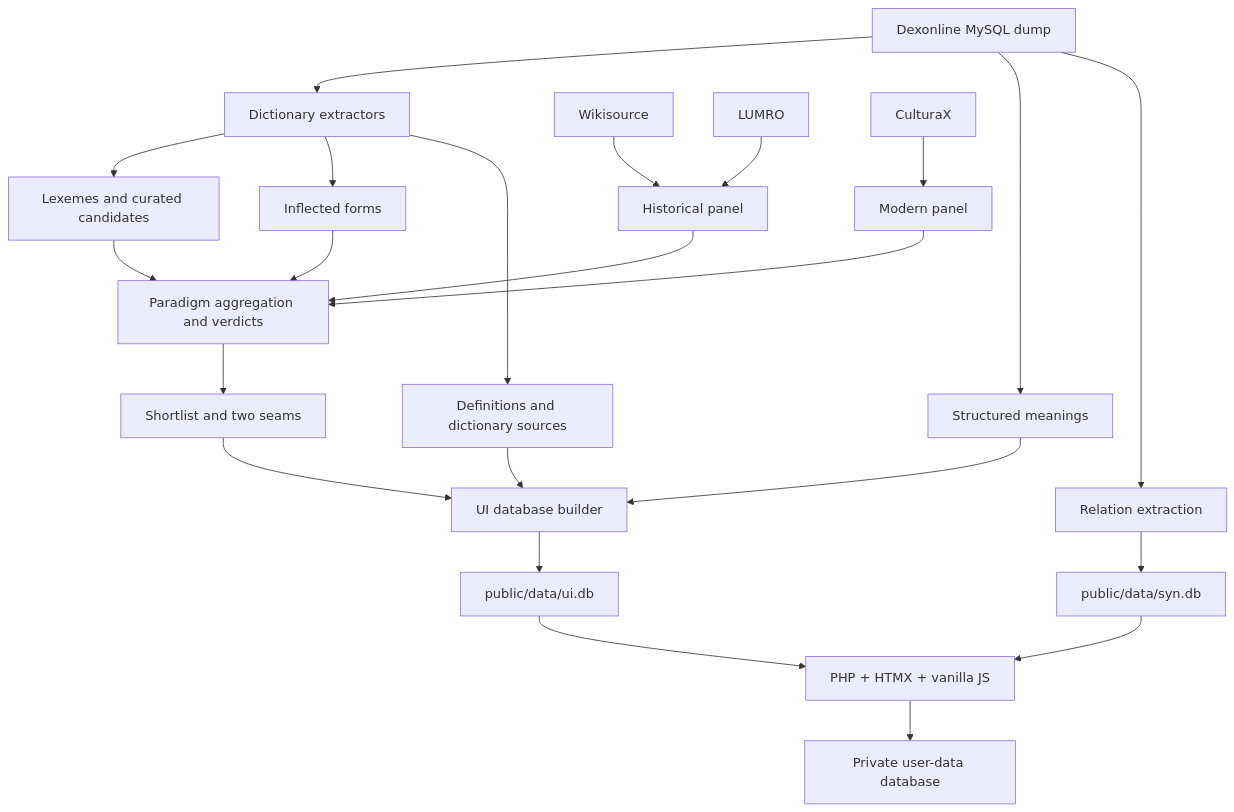
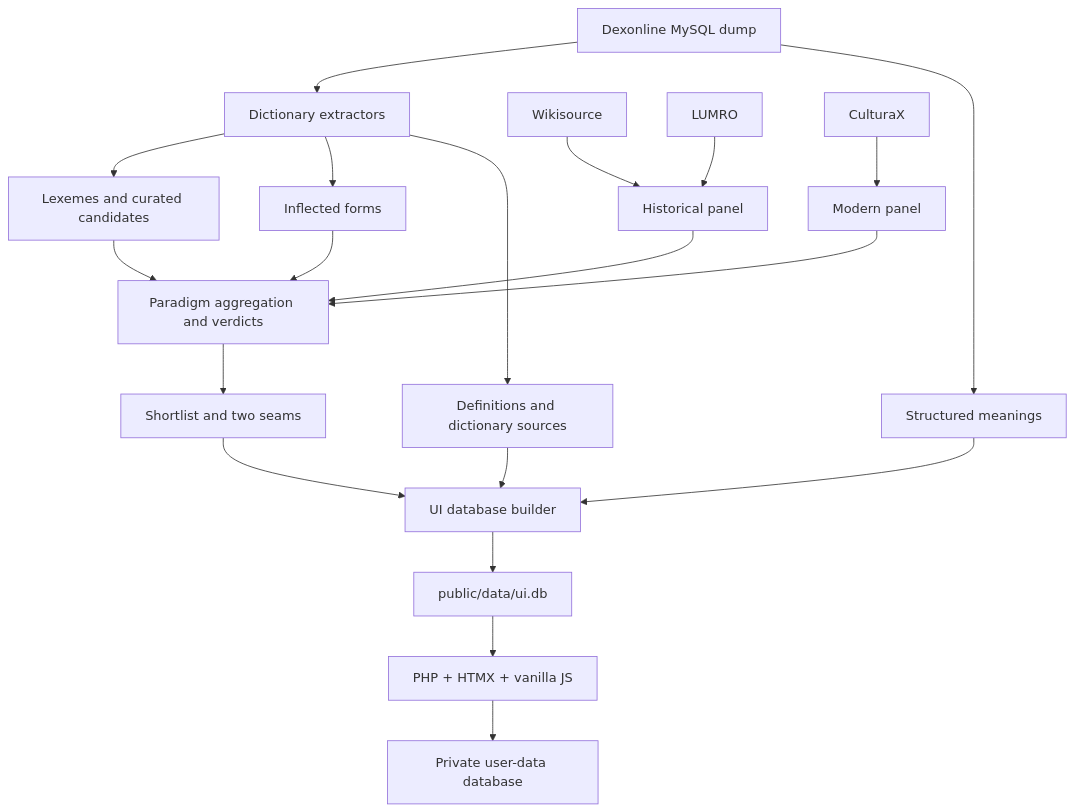
The diagram in readme.md (gov2-ro/voroave), drawn with Mermaid before and after one commit. The commit also changed other lines of this file and 34 other files, not shown here.

````diff
--- a/readme.md
+++ b/readme.md
@@ -86,25 +86,22 @@
 ```mermaid
 flowchart TD
     DEX[Dexonline MySQL dump] --> EX[Dictionary extractors]
     EX --> LEX[Lexemes and curated candidates]
     EX --> INF[Inflected forms]
     EX --> DEF[Definitions and dictionary sources]
     WS[Wikisource] --> HIST[Historical panel]
     LU[LUMRO] --> HIST
     CX[CulturaX] --> MOD[Modern panel]
     LEX --> V[Paradigm aggregation and verdicts]
     INF --> V
     HIST --> V
     MOD --> V
     V --> SCORE[Shortlist and two seams]
     SCORE --> BUILD[UI database builder]
     DEF --> BUILD
     DEX --> MEAN[Structured meanings]
     MEAN --> BUILD
     BUILD --> UI[public/data/ui.db]
-    DEX --> REL[Relation extraction]
-    REL --> SYN[public/data/syn.db]
     UI --> APP[PHP + HTMX + vanilla JS]
-    SYN --> APP
     APP --> USER[Private user-data database]
 ```
````
